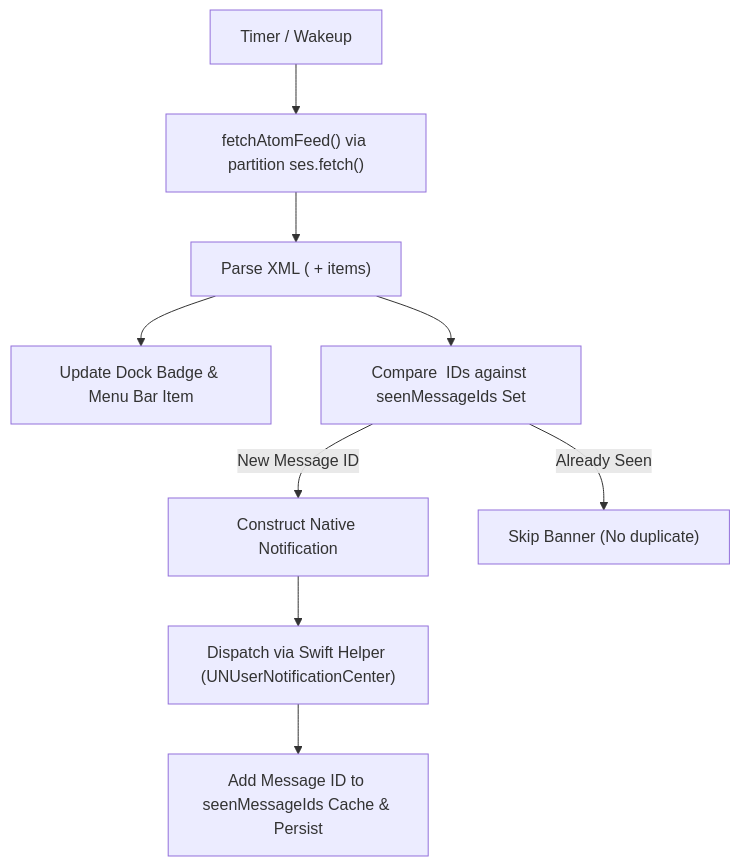
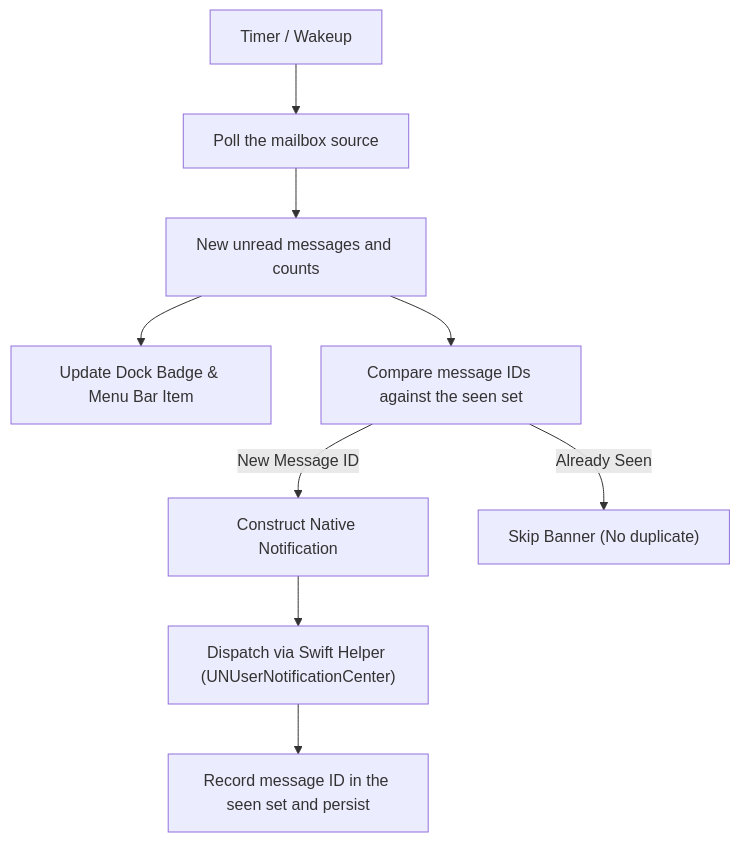
One commit to alxhslm/magic-apps changed the diagram in docs/magimail/notifications.md. Above: the diagram before and after it, drawn with Mermaid. The commit also changed other lines of this file and 26 other files, not shown here.

Commit message:
fix(magimail): reconcile Atom feed and local cache via UnreadLedger (#32)

````diff
--- a/docs/magimail/notifications.md
+++ b/docs/magimail/notifications.md
@@ -12,14 +12,14 @@
 ```mermaid
 graph TD
-    A["Timer / Wakeup"] --> B["fetchAtomFeed() via partition ses.fetch()"]
-    B --> C["Parse XML (<fullcount> + <entry> items)"]
+    A["Timer / Wakeup"] --> B["Poll the mailbox source"]
+    B --> C["New unread messages and counts"]
 
     C --> D["Update Dock Badge & Menu Bar Item"]
-    C --> E["Compare <entry> IDs against seenMessageIds Set"]
+    C --> E["Compare message IDs against the seen set"]
 
     E -->|New Message ID| F["Construct Native Notification"]
     F --> G["Dispatch via Swift Helper (UNUserNotificationCenter)"]
-    G --> H["Add Message ID to seenMessageIds Cache & Persist"]
+    G --> H["Record message ID in the seen set and persist"]
 
     E -->|Already Seen| I["Skip Banner (No duplicate)"]
 ```
````
